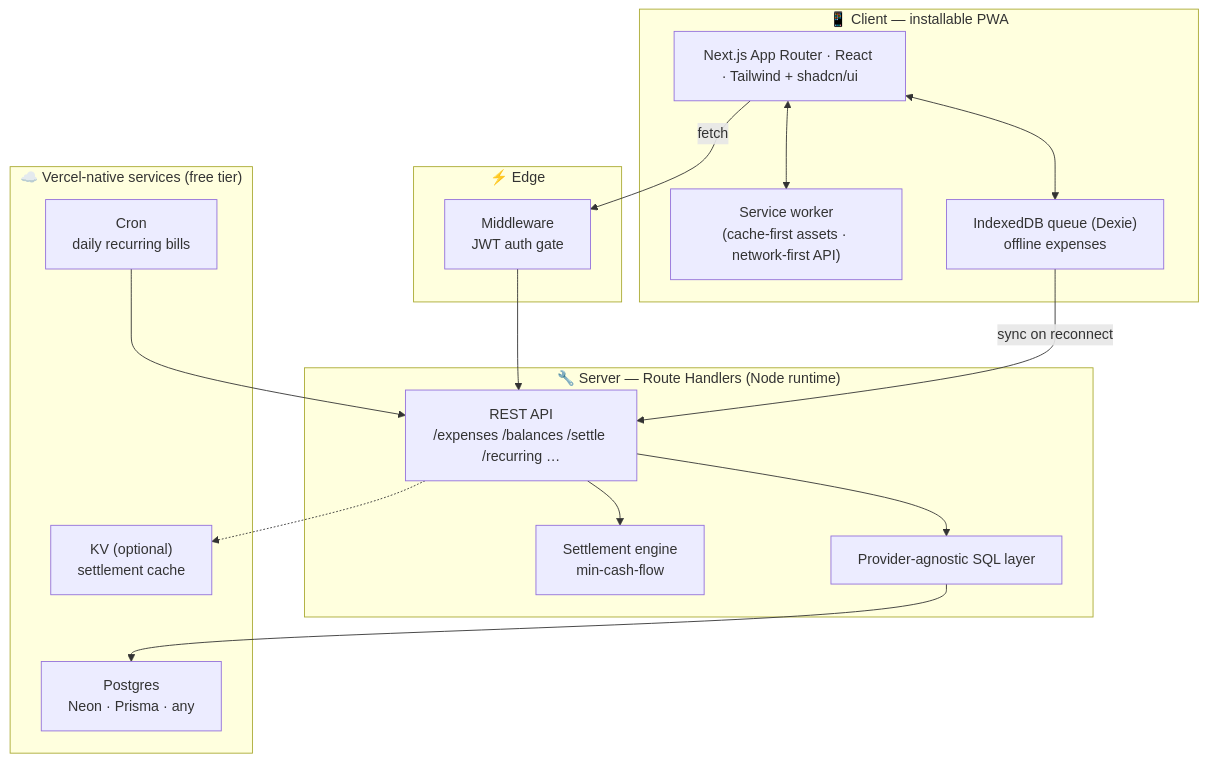
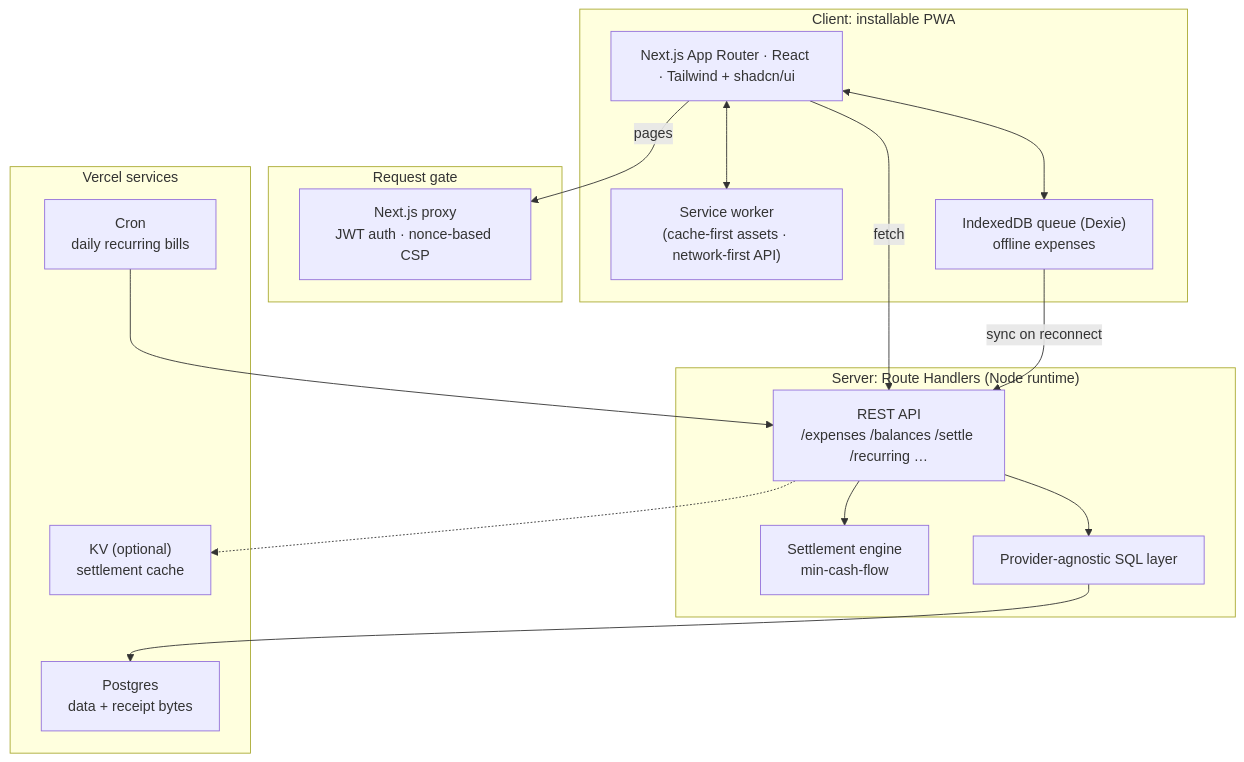
Before and after one commit to taylordrew4u2/Bill-Spilt: the diagram in README.md, drawn with Mermaid. The commit also changed other lines of this file and 11 other files, not shown here.

````diff
--- a/README.md
+++ b/README.md
@@ -95,33 +83,34 @@
 ```mermaid
 flowchart TD
-    subgraph Client["📱 Client — installable PWA"]
+    subgraph Client["Client: installable PWA"]
         UI["Next.js App Router · React · Tailwind + shadcn/ui"]
         SW["Service worker<br/>(cache-first assets · network-first API)"]
         IDB["IndexedDB queue (Dexie)<br/>offline expenses"]
         UI <--> SW
         UI <--> IDB
     end
 
-    subgraph Edge["⚡ Edge"]
-        MW["Middleware<br/>JWT auth gate"]
+    subgraph Gate["Request gate"]
+        PX["Next.js proxy<br/>JWT auth · nonce-based CSP"]
     end
 
-    subgraph Server["🔧 Server — Route Handlers (Node runtime)"]
+    subgraph Server["Server: Route Handlers (Node runtime)"]
         API["REST API<br/>/expenses /balances /settle /recurring …"]
         SET["Settlement engine<br/>min-cash-flow"]
         DB["Provider-agnostic SQL layer"]
     end
 
-    subgraph Vercel["☁️ Vercel-native services (free tier)"]
-        PG["Postgres<br/>Neon · Prisma · any"]
+    subgraph Infra["Vercel services"]
+        PG["Postgres<br/>data + receipt bytes"]
         KV["KV (optional)<br/>settlement cache"]
         CRON["Cron<br/>daily recurring bills"]
     end
 
-    UI -->|fetch| MW --> API
+    UI -->|pages| PX
+    UI -->|fetch| API
     IDB -->|sync on reconnect| API
     API --> SET
     API --> DB --> PG
     API -.-> KV
     CRON --> API
 ```
````
